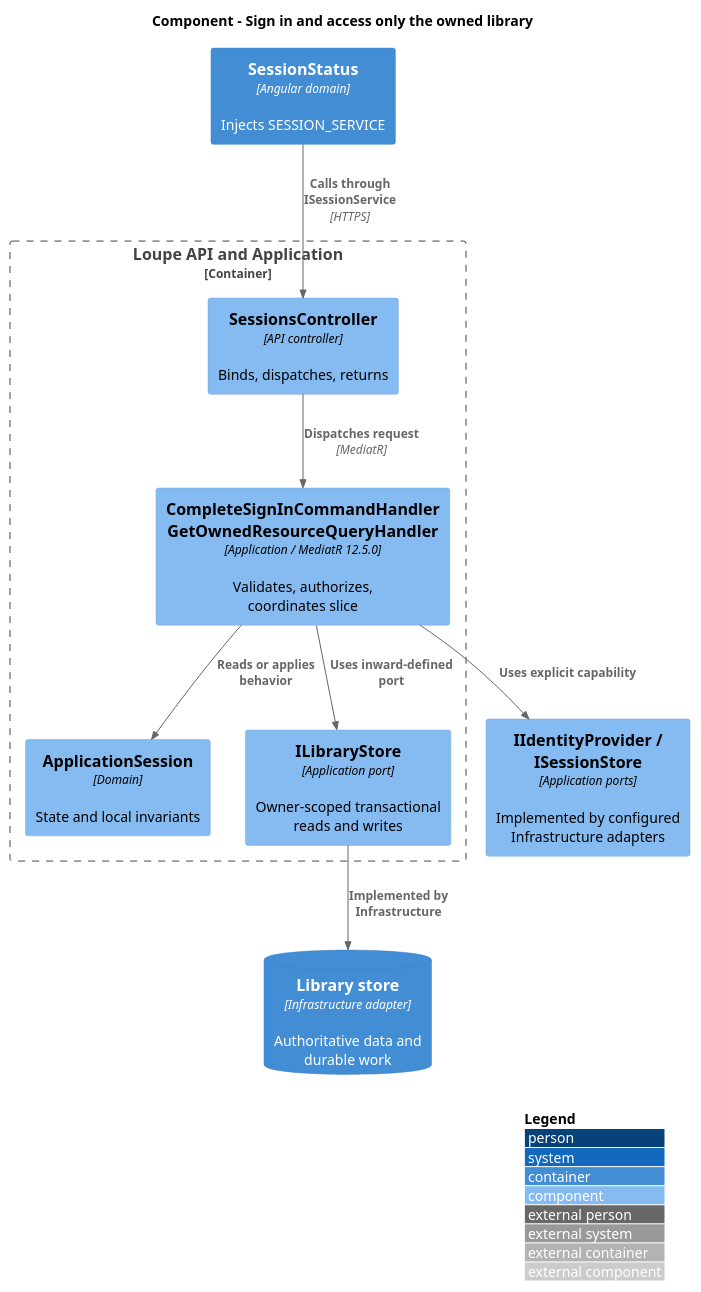
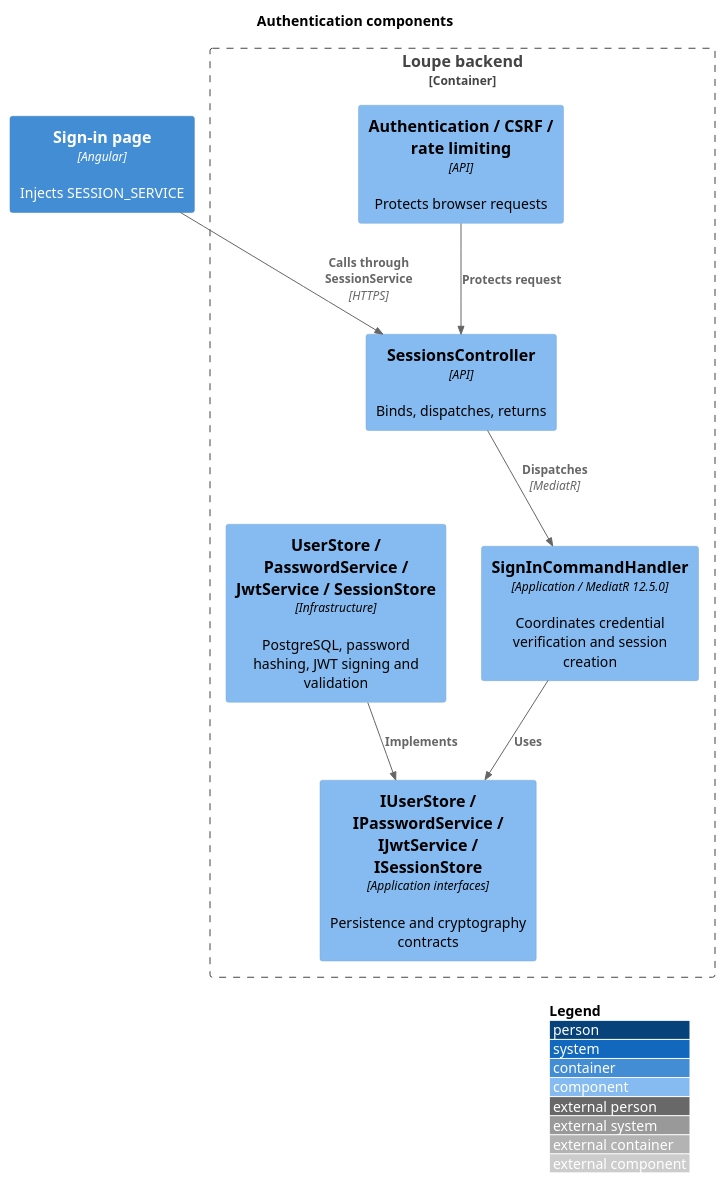
The diagram in docs/detailed-designs/security/access-private-library/diagrams/c4-component.puml (QuinntyneBrown/loupe), drawn with PlantUML before and after one commit. The commit also changed 122 other files, not shown here.

Commit message:
Replace external authentication with local accounts and JWT sessions

```diff
--- a/docs/detailed-designs/security/access-private-library/diagrams/c4-component.puml
+++ b/docs/detailed-designs/security/access-private-library/diagrams/c4-component.puml
@@ -1,20 +1,18 @@
 @startuml
 !include <C4/C4_Component>
 LAYOUT_WITH_LEGEND()
-title Component - Sign in and access only the owned library
-Container(spa, "SessionStatus", "Angular domain", "Injects SESSION_SERVICE")
-Container_Boundary(api, "Loupe API and Application") {
-Component(ctrl, "SessionsController", "API controller", "Binds, dispatches, returns")
-Component(handler, "CompleteSignInCommandHandler\nGetOwnedResourceQueryHandler", "Application / MediatR 12.5.0", "Validates, authorizes, coordinates slice")
-Component(entity, "ApplicationSession", "Domain", "State and local invariants")
-Component(store, "ILibraryStore", "Application port", "Owner-scoped transactional reads and writes")
+title Authentication components
+Container(web, "Sign-in page", "Angular", "Injects SESSION_SERVICE")
+Container_Boundary(api, "Loupe backend") {
+Component(controller, "SessionsController", "API", "Binds, dispatches, returns")
+Component(middleware, "Authentication / CSRF / rate limiting", "API", "Protects browser requests")
+Component(handler, "SignInCommandHandler", "Application / MediatR 12.5.0", "Coordinates credential verification and session creation")
+Component(ports, "IUserStore / IPasswordService / IJwtService / ISessionStore", "Application interfaces", "Persistence and cryptography contracts")
+Component(adapters, "UserStore / PasswordService / JwtService / SessionStore", "Infrastructure", "PostgreSQL, password hashing, JWT signing and validation")
 }
-ContainerDb(db, "Library store", "Infrastructure adapter", "Authoritative data and durable work")
-Rel(spa, ctrl, "Calls through ISessionService", "HTTPS")
-Rel(ctrl, handler, "Dispatches request", "MediatR")
-Rel(handler, entity, "Reads or applies behavior")
-Rel(handler, store, "Uses inward-defined port")
-Rel(store, db, "Implemented by Infrastructure")
-Component(ports, "IIdentityProvider / ISessionStore", "Application ports", "Implemented by configured Infrastructure adapters")
-Rel(handler, ports, "Uses explicit capability")
+Rel(web, controller, "Calls through SessionService", "HTTPS")
+Rel(middleware, controller, "Protects request")
+Rel(controller, handler, "Dispatches", "MediatR")
+Rel(handler, ports, "Uses")
+Rel(adapters, ports, "Implements")
 @enduml
```
